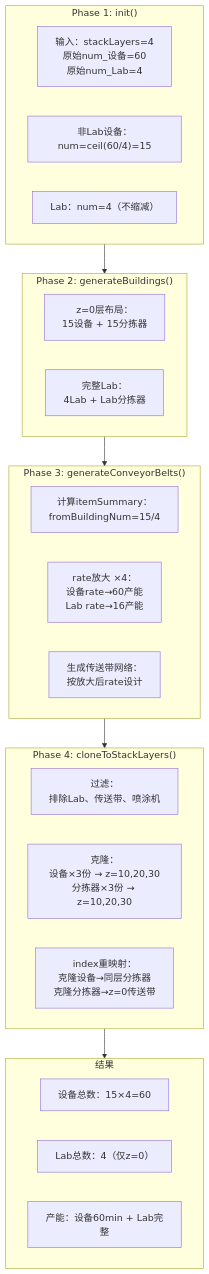
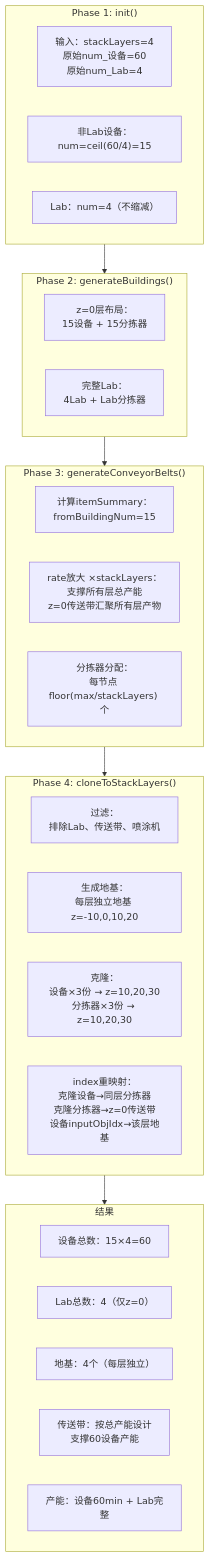
Before and after one commit to 793383996/DSQ: the second of 7 diagrams in Scripts/localDocs/堆叠模块说明.md, drawn with Mermaid. The commit also changed other lines of this file and 2 other files, not shown here.

````diff
--- a/Scripts/localDocs/堆叠模块说明.md
+++ b/Scripts/localDocs/堆叠模块说明.md
@@ -98,36 +102,39 @@
 ```mermaid
 flowchart TD
     subgraph Phase1 ["Phase 1: init()"]
         A1["输入：stackLayers=4<br/>原始num_设备=60<br/>原始num_Lab=4"]
         A2["非Lab设备：num=ceil(60/4)=15"]
         A3["Lab：num=4（不缩减）"]
     end
 
     subgraph Phase2 ["Phase 2: generateBuildings()"]
         B1["z=0层布局：<br/>15设备 + 15分拣器"]
         B2["完整Lab：<br/>4Lab + Lab分拣器"]
     end
 
     subgraph Phase3 ["Phase 3: generateConveyorBelts()"]
-        C1["计算itemSummary：<br/>fromBuildingNum=15/4"]
-        C2["rate放大 ×4：<br/>设备rate→60产能<br/>Lab rate→16产能"]
-        C3["生成传送带网络：<br/>按放大后rate设计"]
+        C1["计算itemSummary：<br/>fromBuildingNum=15"]
+        C2["rate放大 ×stackLayers：<br/>支撑所有层总产能<br/>z=0传送带汇聚所有层产物"]
+        C3["分拣器分配：<br/>每节点 floor(max/stackLayers) 个"]
     end
 
     subgraph Phase4 ["Phase 4: cloneToStackLayers()"]
         D1["过滤：<br/>排除Lab、传送带、喷涂机"]
-        D2["克隆：<br/>设备×3份 → z=10,20,30<br/>分拣器×3份 → z=10,20,30"]
-        D3["index重映射：<br/>克隆设备→同层分拣器<br/>克隆分拣器→z=0传送带"]
+        D2["生成地基：<br/>每层独立地基 z=-10,0,10,20"]
+        D3["克隆：<br/>设备×3份 → z=10,20,30<br/>分拣器×3份 → z=10,20,30"]
+        D4["index重映射：<br/>克隆设备→同层分拣器<br/>克隆分拣器→z=0传送带<br/>设备inputObjIdx→该层地基"]
     end
 
     subgraph Result ["结果"]
         E1["设备总数：15×4=60"]
         E2["Lab总数：4（仅z=0）"]
-        E3["产能：设备60min + Lab完整"]
+        E3["地基：4个（每层独立）"]
+        E4["传送带：按总产能设计<br/>支撑60设备产能"]
+        E5["产能：设备60min + Lab完整"]
     end
 
     Phase1 --> Phase2
     Phase2 --> Phase3
     Phase3 --> Phase4
     Phase4 --> Result
 ```
````
